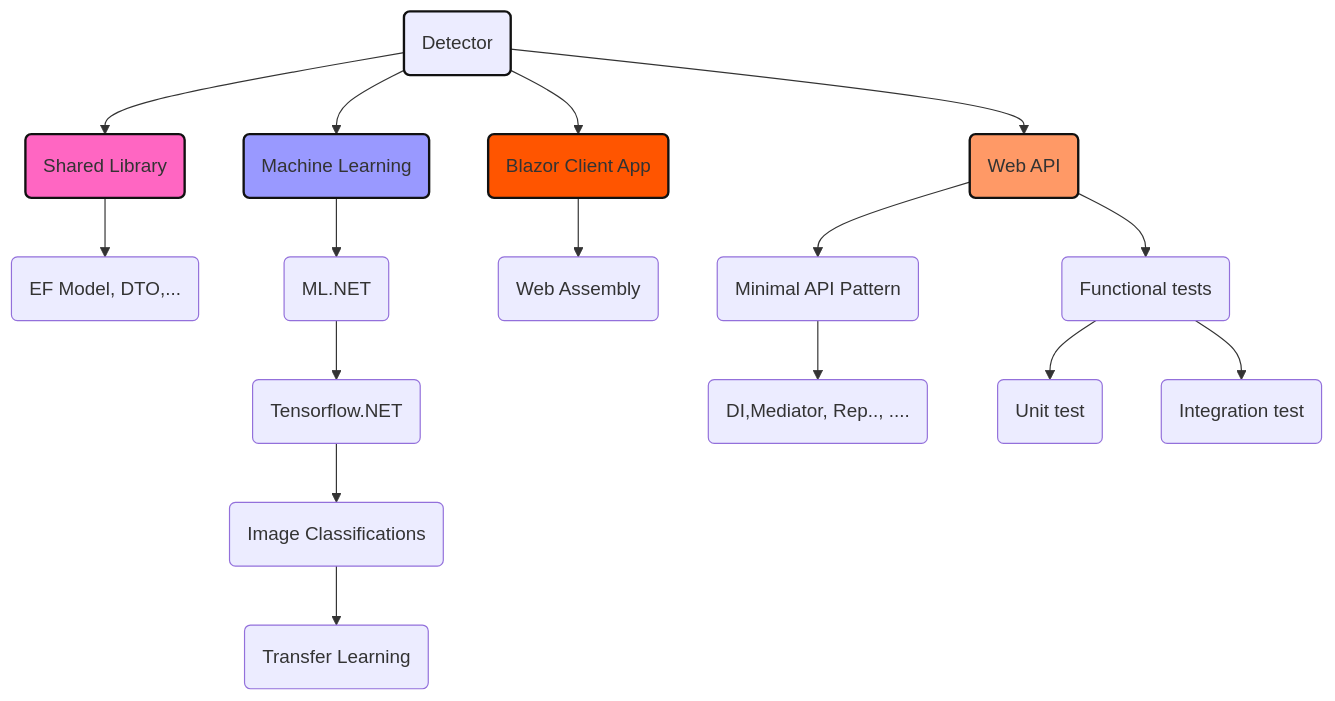
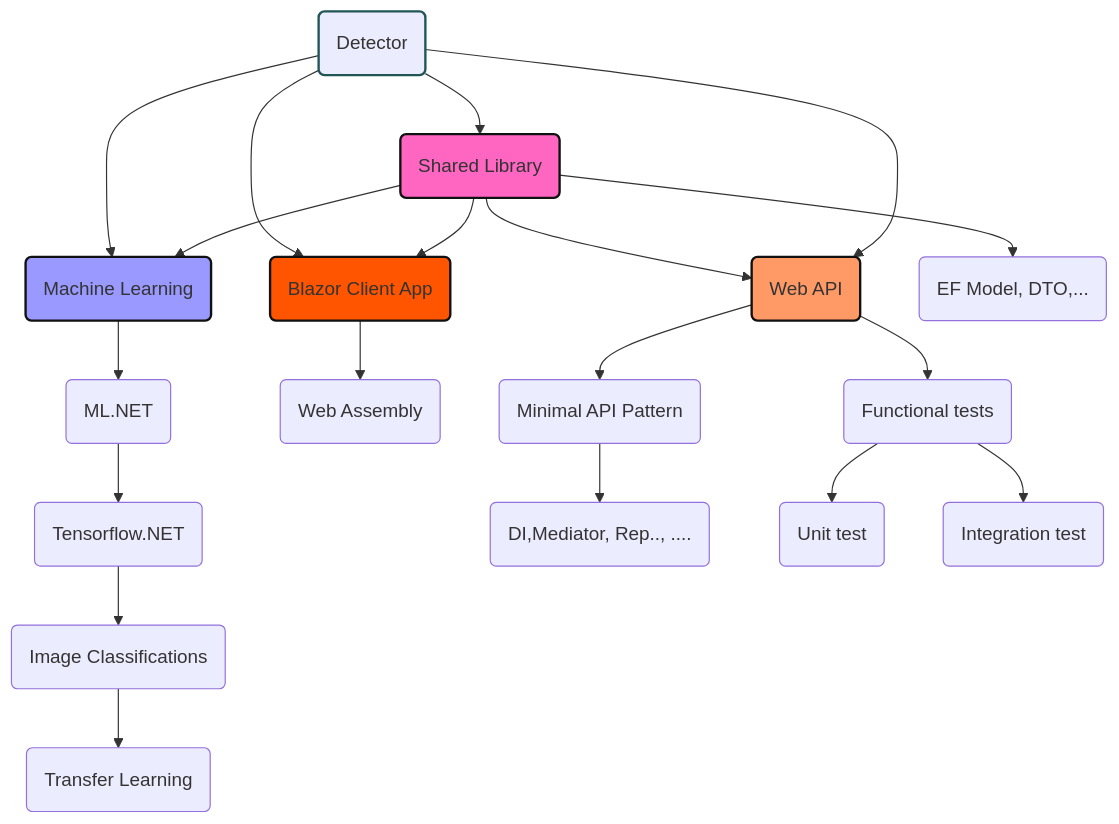
Before and after one commit to bhrnjica/Detector: the diagram in Readme.md, drawn with Mermaid. The commit also changed other lines of this file, not shown here.

Commit message:
doc improvements

````diff
--- a/Readme.md
+++ b/Readme.md
@@ -12,30 +9,33 @@
 ```mermaid
   graph TD;
       A(Detector) --> B(Machine Learning)
-      style A stroke:#111,stroke-width:2px;
+      style A stroke:#255,stroke-width:2px;
       style B fill:#99F,stroke:#111,stroke-width:2px;
       
       A-->C(Blazor Client App);
       style C fill:#f50,stroke:#111,stroke-width:2px;
 
       A-->F(Shared Library);
       style F fill:#f099,stroke:#111,stroke-width:2px;
 
+      F-->B
+      F-->C
+      F-->D
       F-->FE(EF Model, DTO,... )
 
       A-->D(Web API);
       style D fill:	#f96,stroke:#111,stroke-width:2px;
 
       B-->E(ML.NET);
       E-->EE(Tensorflow.NET);
       EE-->EEE(Image Classifications);
       EEE-->EEEE(Transfer Learning);
       C-->CA(Web Assembly);
       D-->DA(Minimal API Pattern);
       DA-->DAC(DI,Mediator, Rep.., ....); 
 
       D-->DB(Functional tests)
       DB-->DBB(Unit test)
       DB-->DBC(Integration test)
      
 ```
````
